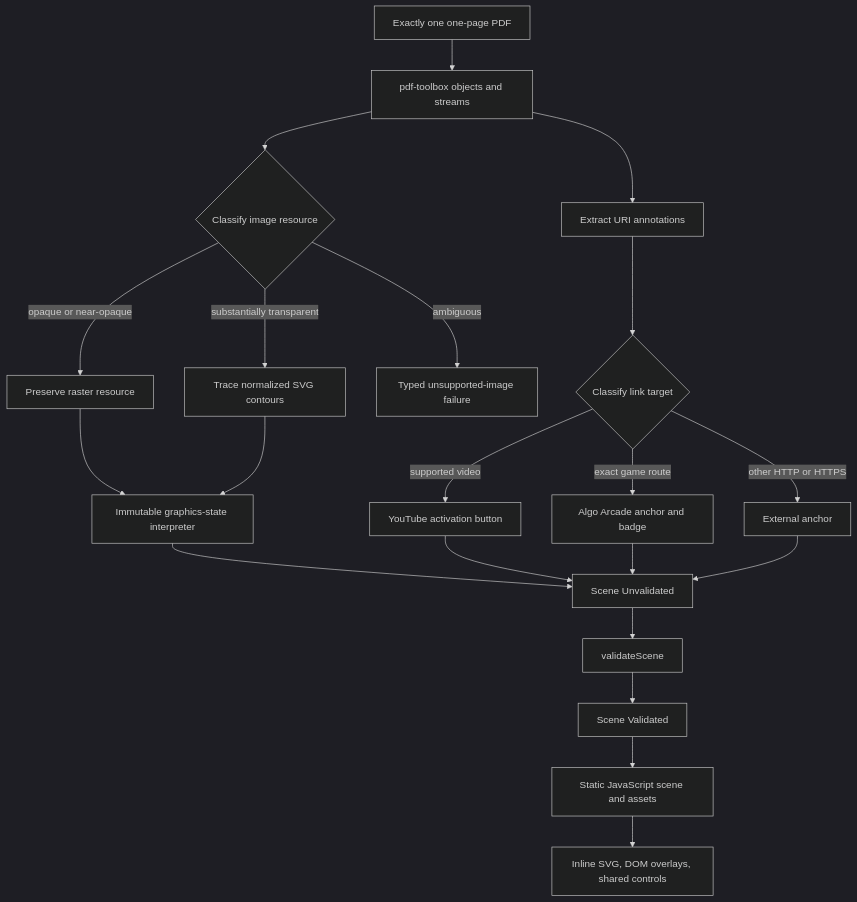
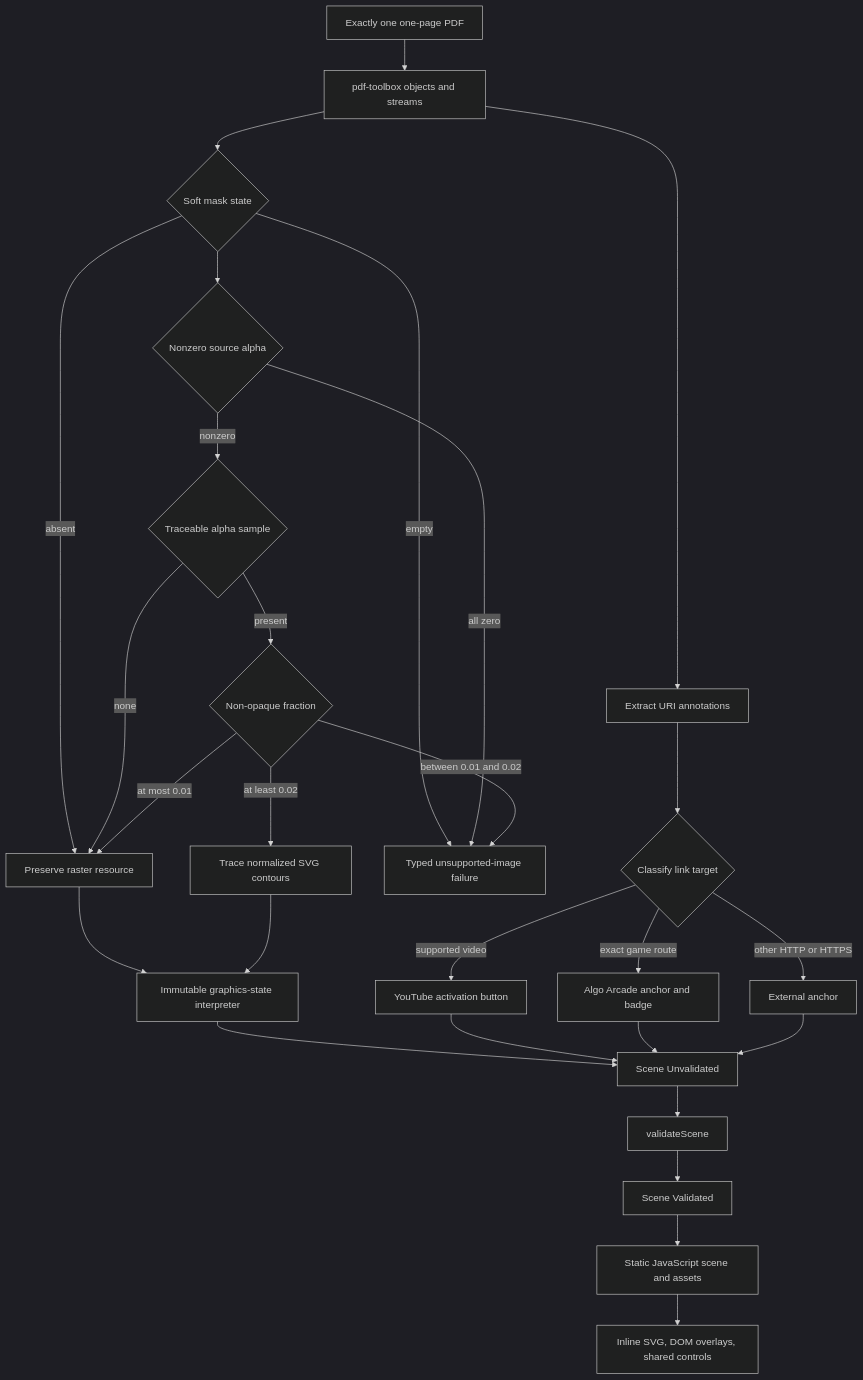
One commit to bajor/notes-website-factory changed the third of 3 diagrams in docs/architecture.md. Above: the diagram before and after it, drawn with Mermaid (dark theme). The commit also changed other lines of this file and 17 other files, not shown here.

Commit message:
Document low-alpha soft mask handling

````diff
--- a/docs/architecture.md
+++ b/docs/architecture.md
@@ -75,36 +75,46 @@
 ```mermaid
 flowchart TD
   Input[Exactly one one-page PDF]
   Parse[pdf-toolbox objects and streams]
-  Classify{Classify image resource}
+  Mask{Soft mask state}
+  SourceAlpha{Nonzero source alpha}
+  Traceable{Traceable alpha sample}
+  Fraction{Non-opaque fraction}
   Raster[Preserve raster resource]
   Vector[Trace normalized SVG contours]
   Reject[Typed unsupported-image failure]
   Links[Extract URI annotations]
   Target{Classify link target}
   YouTube[YouTube activation button]
   Game[Algo Arcade anchor and badge]
   External[External anchor]
   Interpret[Immutable graphics-state interpreter]
   Raw[Scene Unvalidated]
   Validate[validateScene]
   Valid[Scene Validated]
   Emit[Static JavaScript scene and assets]
   Browser[Inline SVG, DOM overlays, shared controls]
 
-  Input --> Parse --> Classify
+  Input --> Parse --> Mask
   Parse --> Links --> Target
-  Classify -->|opaque or near-opaque| Raster
-  Classify -->|substantially transparent| Vector
-  Classify -->|ambiguous| Reject
+  Mask -->|absent| Raster
+  Mask -->|empty| Reject
+  Mask --> SourceAlpha
+  SourceAlpha -->|all zero| Reject
+  SourceAlpha -->|nonzero| Traceable
+  Traceable -->|none| Raster
+  Traceable -->|present| Fraction
+  Fraction -->|at most 0.01| Raster
+  Fraction -->|between 0.01 and 0.02| Reject
+  Fraction -->|at least 0.02| Vector
   Target -->|supported video| YouTube
   Target -->|exact game route| Game
   Target -->|other HTTP or HTTPS| External
   Raster --> Interpret
   Vector --> Interpret
   Interpret --> Raw
   YouTube --> Raw
   Game --> Raw
   External --> Raw
   Raw --> Validate --> Valid --> Emit --> Browser
 ```
````
